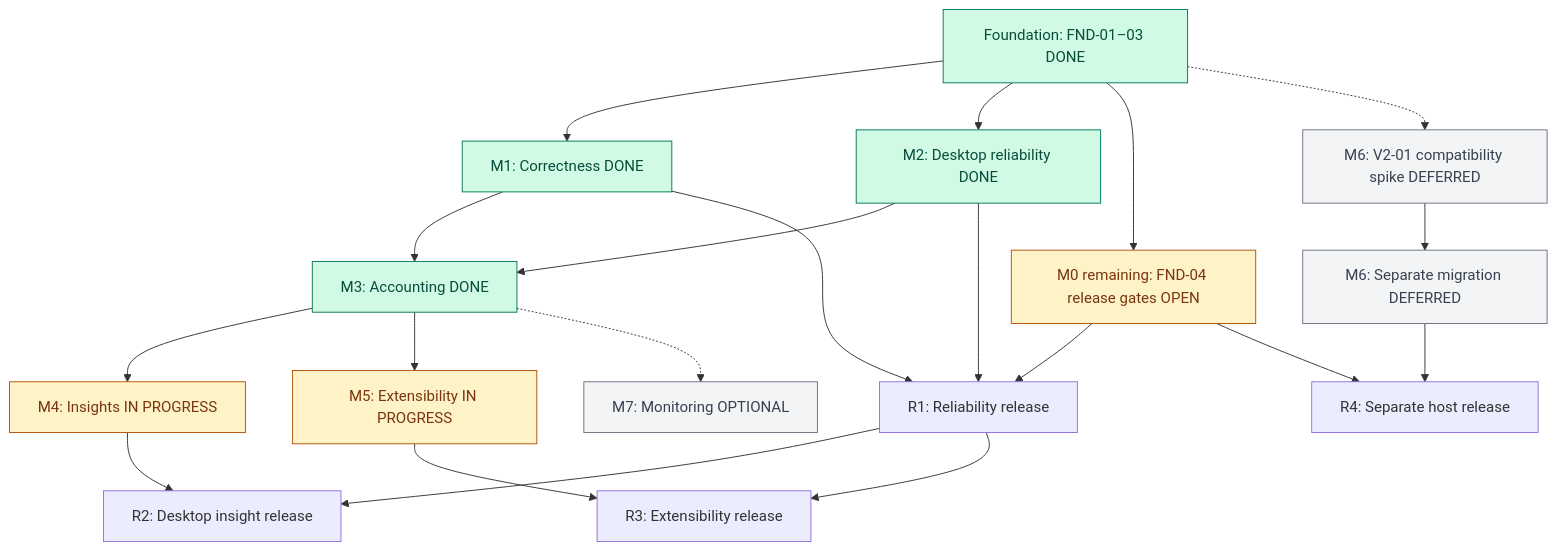
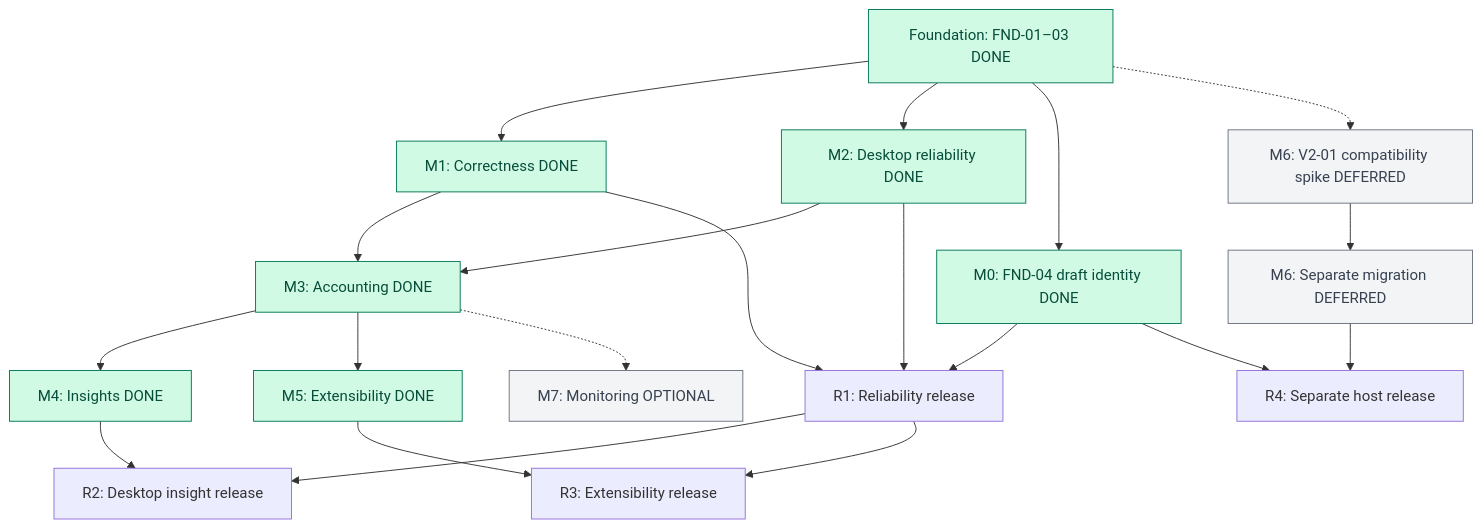
The first of 2 diagrams in docs/UPSTREAM_DELIVERY_PLAN.md (thanhndv212/opencode-quota), drawn with Mermaid before and after one commit. The commit also changed other lines of this file and 5 other files, not shown here.

Commit message:
docs: complete scoped native acceptance and required roadmap map

````diff
--- a/docs/UPSTREAM_DELIVERY_PLAN.md
+++ b/docs/UPSTREAM_DELIVERY_PLAN.md
@@ -149,28 +149,27 @@
 ```mermaid
 flowchart TD
   FND["Foundation: FND-01–03 DONE"] --> M1["M1: Correctness DONE"]
   FND --> M2["M2: Desktop reliability DONE"]
-  FND --> PUB["M0 remaining: FND-04 release gates OPEN"]
+  FND --> PUB["M0: FND-04 draft identity DONE"]
   M1 --> M3["M3: Accounting DONE"]
   M2 --> M3
-  M3 --> M4["M4: Insights IN PROGRESS"]
-  M3 --> M5["M5: Extensibility IN PROGRESS"]
+  M3 --> M4["M4: Insights DONE"]
+  M3 --> M5["M5: Extensibility DONE"]
   M3 -.-> M7["M7: Monitoring OPTIONAL"]
   FND -.-> SPIKE["M6: V2-01 compatibility spike DEFERRED"]
   SPIKE --> V2["M6: Separate migration DEFERRED"]
   M1 --> R1["R1: Reliability release"]
   M2 --> R1
   PUB --> R1
   M4 --> R2["R2: Desktop insight release"]
   R1 --> R2
   M5 --> R3["R3: Extensibility release"]
   R1 --> R3
   V2 --> R4["R4: Separate host release"]
   PUB --> R4
   classDef done fill:#d1fae5,stroke:#047857,color:#064e3b;
   classDef active fill:#fef3c7,stroke:#b45309,color:#78350f;
   classDef optional fill:#f3f4f6,stroke:#6b7280,color:#374151;
-  class FND,M1,M2,M3 done;
-  class M4,M5,PUB active;
+  class FND,M1,M2,M3,M4,M5,PUB done;
   class M7,SPIKE,V2 optional;
 ```
````
